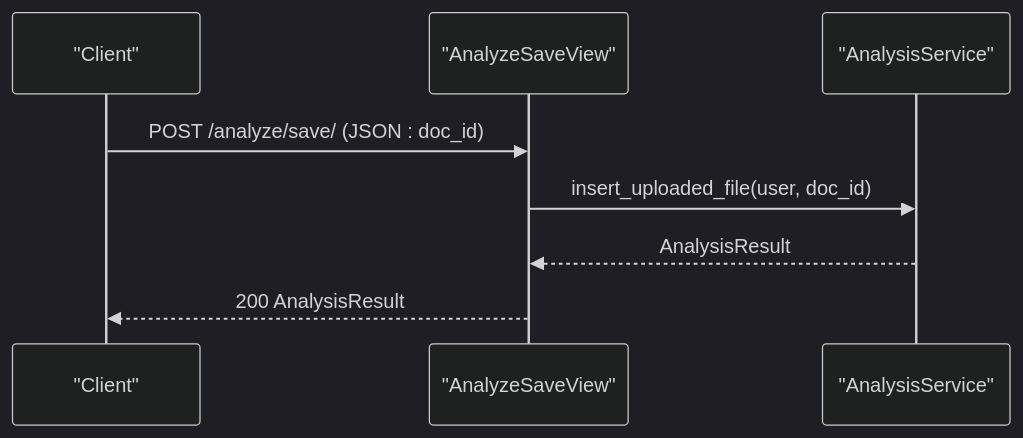
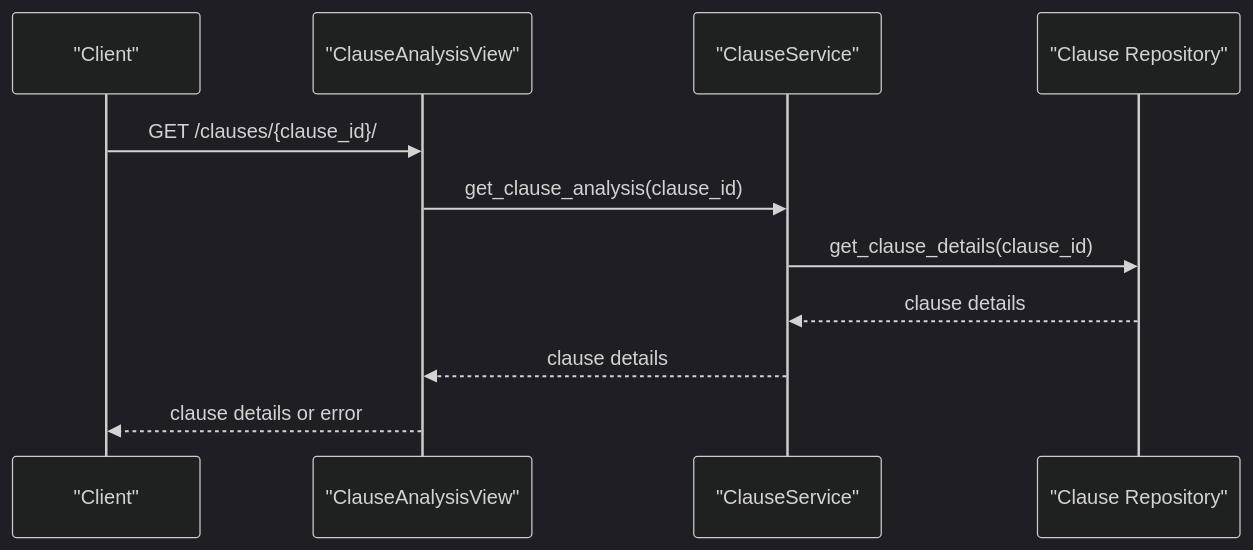
The sixth of 8 diagrams in backend/.qoder/repowiki/en/content/API Reference/API Reference.md (HamzaHindo/veritasshield), drawn with Mermaid (dark theme) before and after one commit. The commit also changed other lines of this file and 49 other files, not shown here.

````diff
--- a/backend/.qoder/repowiki/en/content/API Reference/API Reference.md
+++ b/backend/.qoder/repowiki/en/content/API Reference/API Reference.md
@@ -392,10 +319,13 @@
 ```mermaid
 sequenceDiagram
 participant C as "Client"
-participant AV as "AnalyzeSaveView"
-participant ASvc as "AnalysisService"
-C->>AV : POST /analyze/save/ (JSON : doc_id)
-AV->>ASvc : insert_uploaded_file(user, doc_id)
-ASvc-->>AV : AnalysisResult
-AV-->>C : 200 AnalysisResult
+participant CV as "ClauseAnalysisView"
+participant CS as "ClauseService"
+participant Repo as "Clause Repository"
+C->>CV : GET /clauses/{clause_id}/
+CV->>CS : get_clause_analysis(clause_id)
+CS->>Repo : get_clause_details(clause_id)
+Repo-->>CS : clause details
+CS-->>CV : clause details
+CV-->>C : clause details or error
 ```
````
